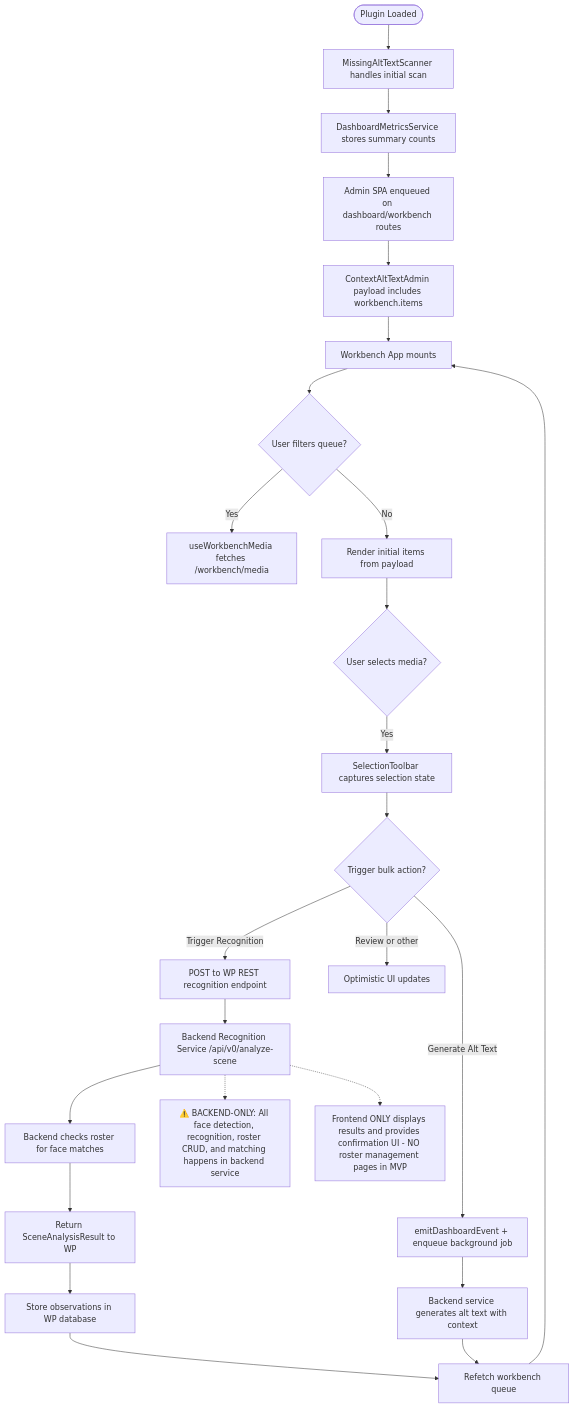
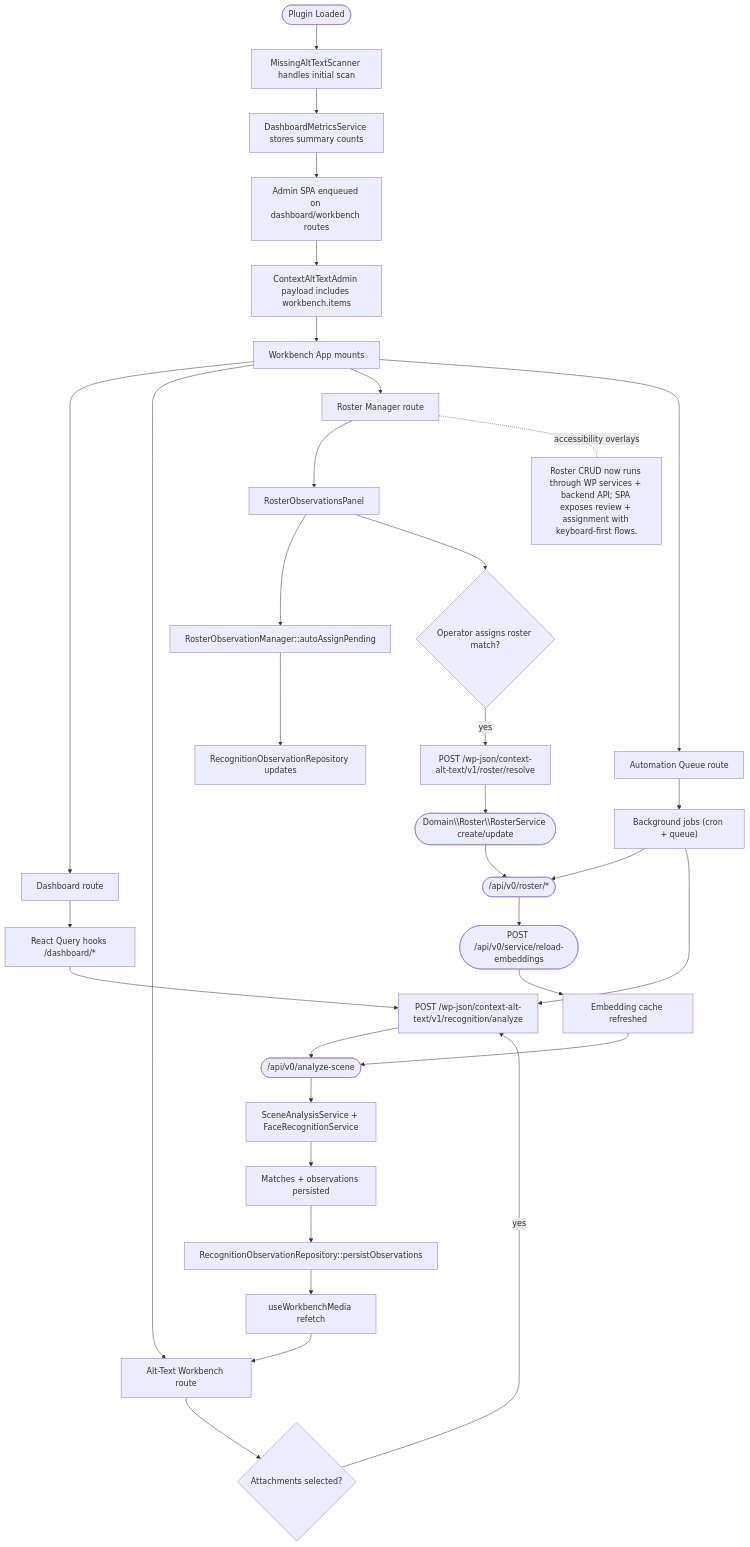
One commit to darce/context-alt-text-monorepo changed the diagram in docs/architecture/frontend-uml/face-recognition-workflow.mmd. Above: the diagram before and after it, drawn with Mermaid. The commit also changed 5 other files, not shown here.

Commit message:
docs: update frontend UML diagrams for roster and workbench UX

```diff
--- a/docs/architecture/frontend-uml/face-recognition-workflow.mmd
+++ b/docs/architecture/frontend-uml/face-recognition-workflow.mmd
@@ -1,28 +1,44 @@
 flowchart TD
     Start([Plugin Loaded]) --> Scan[MissingAltTextScanner handles initial scan]
     Scan --> Summary[DashboardMetricsService stores summary counts]
     Summary --> AdminBootstrap[Admin SPA enqueued on dashboard/workbench routes]
     AdminBootstrap --> Localize[ContextAltTextAdmin payload includes workbench.items]
     Localize --> WorkbenchUI[Workbench App mounts]
-    WorkbenchUI --> Filters{User filters queue?}
-    Filters -- Yes --> Refetch[useWorkbenchMedia fetches /workbench/media]
-    Filters -- No --> ShowQueue[Render initial items from payload]
-    ShowQueue --> Select{User selects media?}
-    Select -- Yes --> SelectionToolbar[SelectionToolbar captures selection state]
-    SelectionToolbar --> BulkActions{Trigger bulk action?}
-    BulkActions -- Trigger Recognition --> RecogDispatch[POST to WP REST recognition endpoint]
-    RecogDispatch --> BackendRecog[Backend Recognition Service /api/v0/analyze-scene]
-    BackendRecog --> RosterMatch[Backend checks roster for face matches]
-    RosterMatch --> ReturnResults[Return SceneAnalysisResult to WP]
-    ReturnResults --> StoreObservations[Store observations in WP database]
-    StoreObservations --> QueueRefresh[Refetch workbench queue]
-    BulkActions -- Generate Alt Text --> Dispatch[emitDashboardEvent + enqueue background job]
-    BulkActions -- Review or other --> UpdateUI[Optimistic UI updates]
-    Dispatch --> BackendJob[Backend service generates alt text with context]
-    BackendJob --> QueueRefresh
-    QueueRefresh --> WorkbenchUI
-    
-    note1["⚠️ BACKEND-ONLY: All face detection, recognition, roster CRUD, and matching happens in backend service"]
-    note2["Frontend ONLY displays results and provides confirmation UI - NO roster management pages in MVP"]
-    BackendRecog -.-> note1
-    BackendRecog -.-> note2
+    WorkbenchUI --> dashboardUI[Dashboard route]
+    WorkbenchUI --> workbench[Alt-Text Workbench route]
+    WorkbenchUI --> rosterUI[Roster Manager route]
+    WorkbenchUI --> automationUI[Automation Queue route]
+
+    workbench --> selectMedia{Attachments selected?}
+    selectMedia -- yes --> recognitionRequest[POST /wp-json/context-alt-text/v1/recognition/analyze]
+    backendAnalyze(["/api/v0/analyze-scene"])
+    recognitionRequest --> backendAnalyze
+    backendAnalyze --> recognitionPipeline[SceneAnalysisService + FaceRecognitionService]
+    recognitionPipeline --> rosterMatches[Matches + observations persisted]
+    rosterMatches --> storeObs[RecognitionObservationRepository::persistObservations]
+    storeObs --> workbenchRefresh[useWorkbenchMedia refetch]
+    workbenchRefresh --> workbench
+
+    rosterUI --> observationPanel[RosterObservationsPanel]
+    observationPanel --> autoAssign[RosterObservationManager::autoAssignPending]
+    autoAssign --> observationUpdates[RecognitionObservationRepository updates]
+    observationPanel --> manualResolve{Operator assigns roster match?}
+    manualResolve -- yes --> resolveRequest[POST /wp-json/context-alt-text/v1/roster/resolve]
+    rosterDomain(["Domain\\Roster\\RosterService create/update"])
+    recognitionServiceAPI(["/api/v0/roster/*"])
+    resolveRequest --> rosterDomain
+    rosterDomain --> recognitionServiceAPI
+    reloadEmbeddings(["POST /api/v0/service/reload-embeddings"])
+    recognitionServiceAPI --> reloadEmbeddings
+    reloadEmbeddings --> embeddingRouter[Embedding cache refreshed]
+    embeddingRouter --> backendAnalyze
+
+    automationUI --> automationJobs["Background jobs (cron + queue)"]
+    automationJobs --> recognitionServiceAPI
+    automationJobs --> recognitionRequest
+
+    dashboardUI --> dashboardHooks[React Query hooks /dashboard/*]
+    dashboardHooks --> recognitionRequest
+
+    note["Roster CRUD now runs through WP services + backend API; SPA exposes review + assignment with keyboard-first flows."]
+    rosterUI -. accessibility overlays .- note
```
